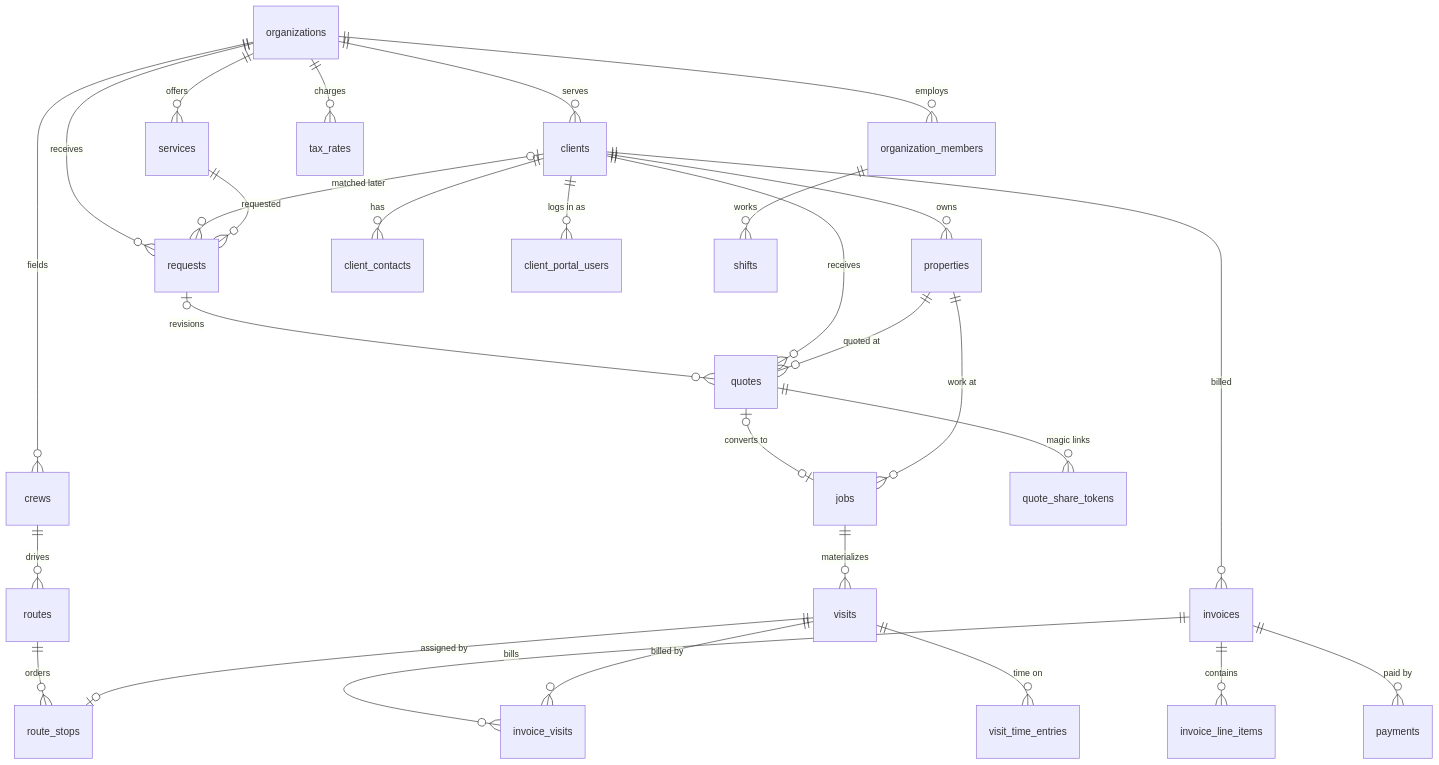
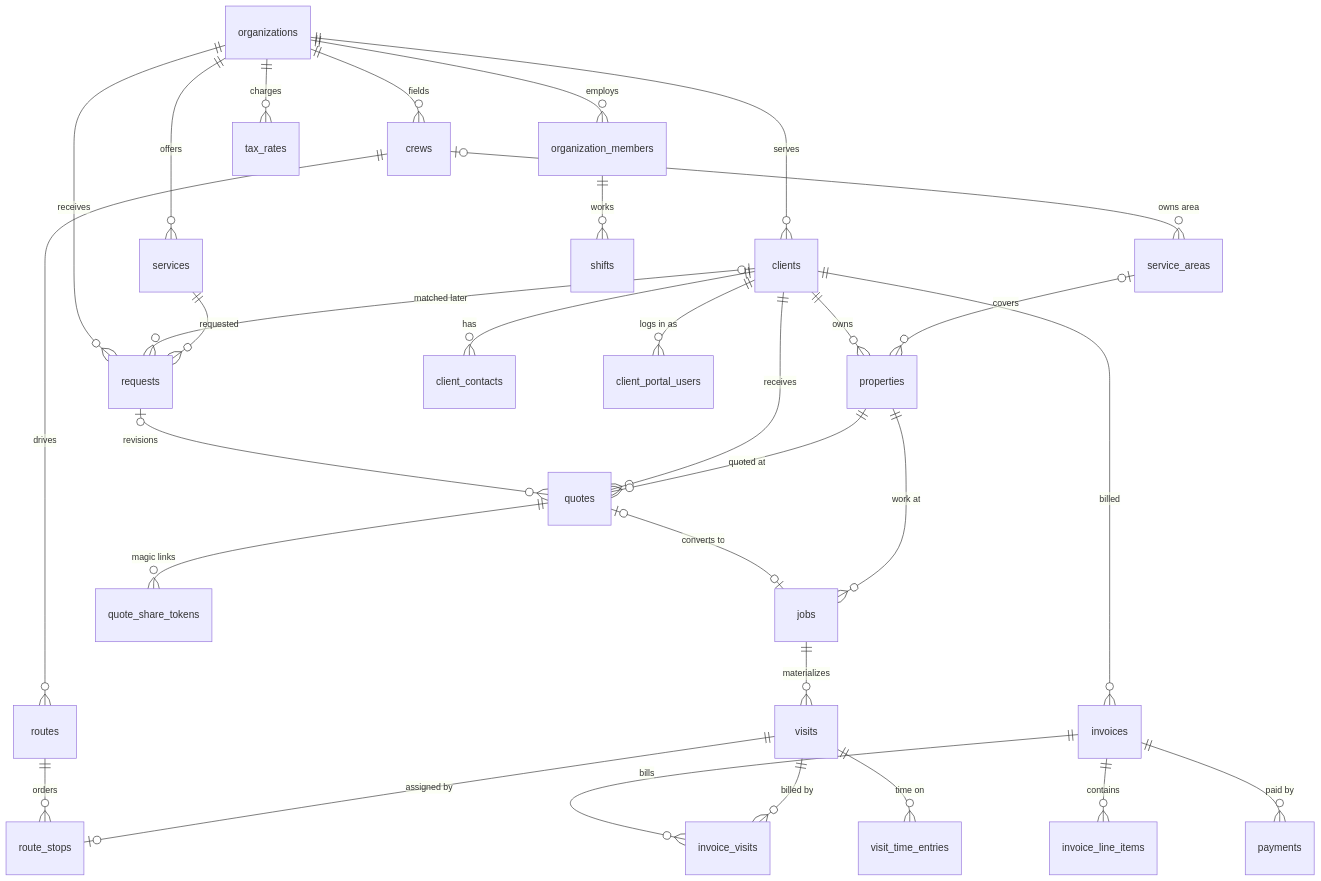
The first of 5 diagrams in docs/database/erd.md (AbsoluteCRM/CRM), drawn with Mermaid before and after one commit. The commit also changed other lines of this file and 6 other files, not shown here.

First line of the commit message:
Document service areas schema and ADR 0012

````diff
--- a/docs/database/erd.md
+++ b/docs/database/erd.md
@@ -10,36 +10,38 @@
 ```mermaid
 erDiagram
     organizations ||--o{ organization_members : employs
     organizations ||--o{ clients : serves
     organizations ||--o{ crews : fields
     organizations ||--o{ services : offers
     organizations ||--o{ tax_rates : charges
     organizations ||--o{ requests : receives
     clients |o--o{ requests : "matched later"
     services ||--o{ requests : "requested"
     requests |o--o{ quotes : "revisions"
 
     clients ||--o{ properties : owns
     clients ||--o{ client_contacts : has
     clients ||--o{ client_portal_users : "logs in as"
 
     clients ||--o{ quotes : receives
     properties ||--o{ quotes : "quoted at"
     quotes |o--o| jobs : "converts to"
     quotes ||--o{ quote_share_tokens : "magic links"
     properties ||--o{ jobs : "work at"
     jobs ||--o{ visits : materializes
 
     crews ||--o{ routes : drives
+    crews |o--o{ service_areas : "owns area"
+    service_areas |o--o{ properties : covers
     routes ||--o{ route_stops : orders
     visits ||--o| route_stops : "assigned by"
 
     clients ||--o{ invoices : billed
     invoices ||--o{ invoice_line_items : contains
     invoices ||--o{ invoice_visits : bills
     visits ||--o{ invoice_visits : "billed by"
     invoices ||--o{ payments : "paid by"
 
     organization_members ||--o{ shifts : works
     visits ||--o{ visit_time_entries : "time on"
 ```
````
